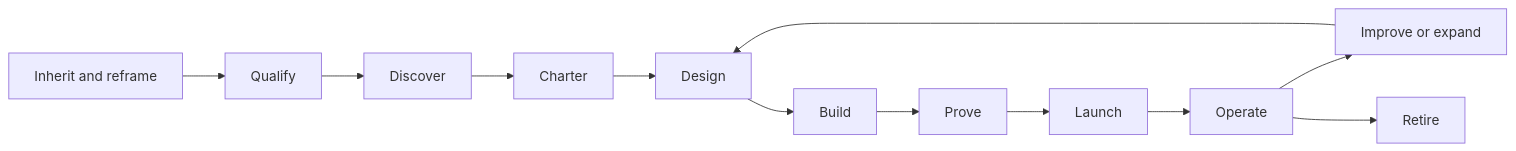
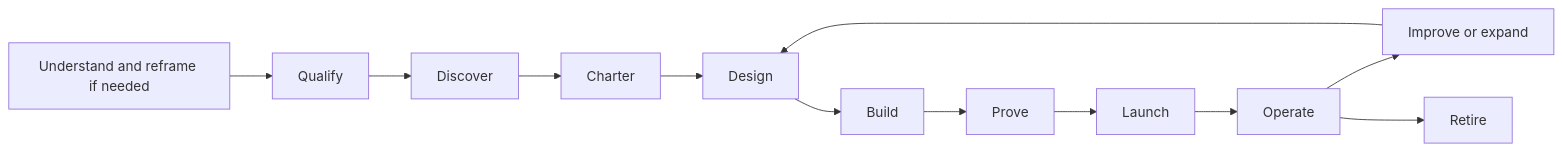
Before and after one commit to davidahmann/applied-ai-field-guide: the diagram in plugins/applied-ai-field-guide/guide/playbooks/README.md, drawn with Mermaid. The commit also changed other lines of this file and 91 other files, not shown here.

````diff
--- a/plugins/applied-ai-field-guide/guide/playbooks/README.md
+++ b/plugins/applied-ai-field-guide/guide/playbooks/README.md
@@ -11,14 +11,14 @@
 ```mermaid
 flowchart LR
-    I["Inherit and reframe"] --> Q["Qualify"]
+    I["Understand and reframe if needed"] --> Q["Qualify"]
     Q --> D["Discover"]
     D --> C["Charter"]
     C --> S["Design"]
     S --> B["Build"]
     B --> P["Prove"]
     P --> L["Launch"]
     L --> O["Operate"]
     O --> U["Improve or expand"]
     U --> S
     O --> R["Retire"]
 ```
````
